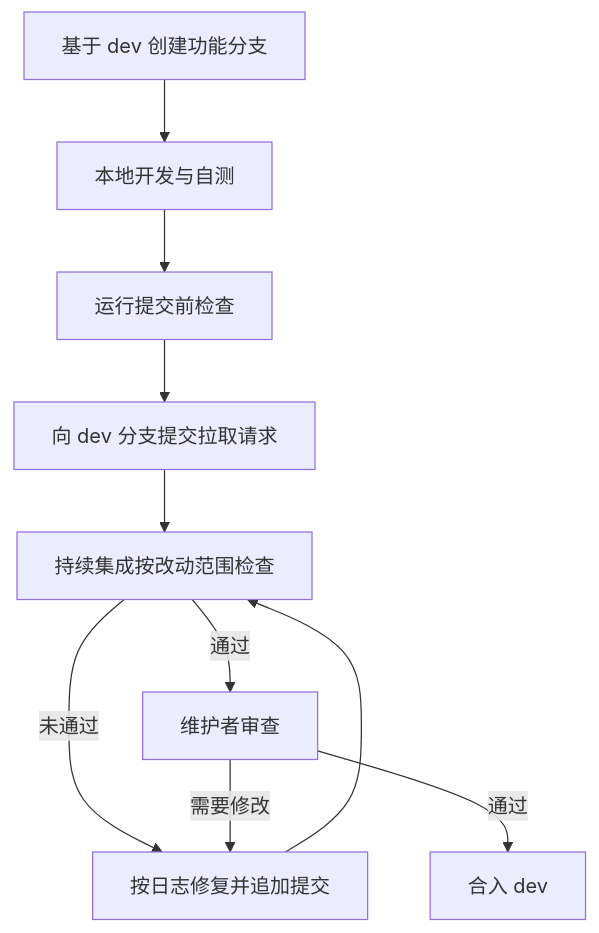
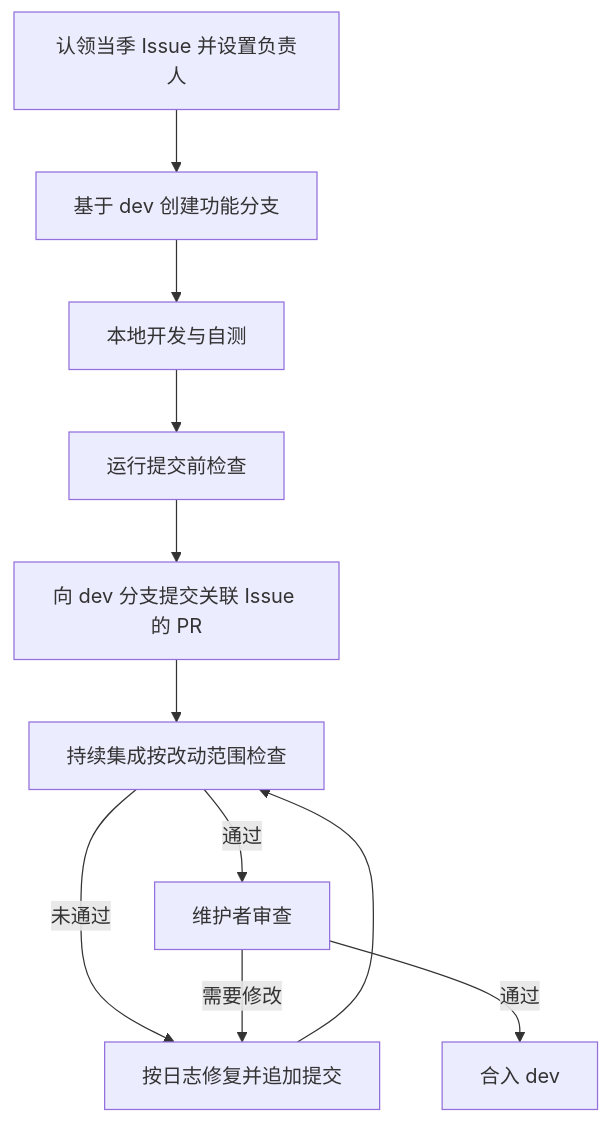
One commit to rcore-os/tgoskits changed the second of 2 diagrams in docs/community/contributing.md. Above: the diagram before and after it, drawn with Mermaid. The commit also changed other lines of this file and 12 other files, not shown here.

````diff
--- a/docs/community/contributing.md
+++ b/docs/community/contributing.md
@@ -66,12 +208,13 @@
 ```mermaid
 flowchart TD
+    I["认领当季 Issue 并设置负责人"] --> A
     A["基于 dev 创建功能分支"] --> B["本地开发与自测"]
     B --> C["运行提交前检查"]
-    C --> D["向 dev 分支提交拉取请求"]
+    C --> D["向 dev 分支提交关联 Issue 的 PR"]
     D --> E["持续集成按改动范围检查"]
     E -->|"未通过"| F["按日志修复并追加提交"]
     F --> E
     E -->|"通过"| G["维护者审查"]
     G -->|"需要修改"| F
     G -->|"通过"| H["合入 dev"]
 ```
````
